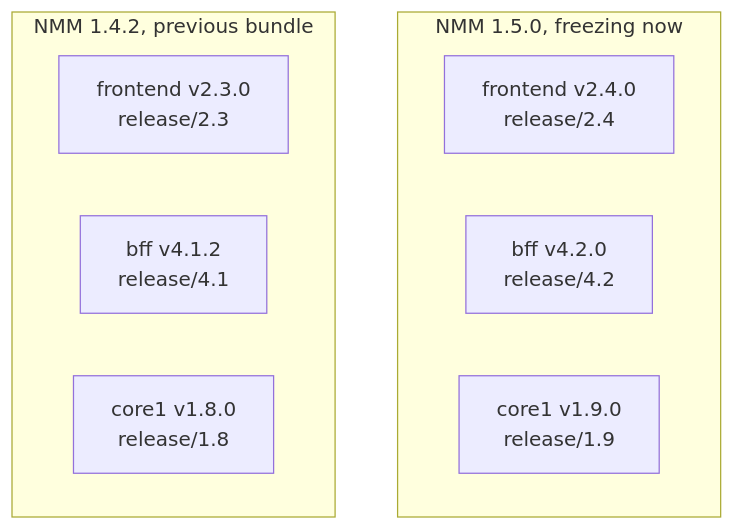
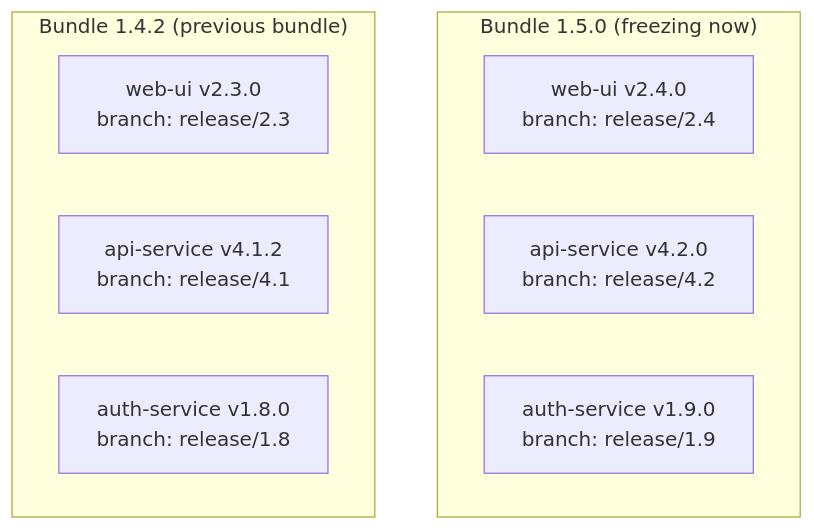
Before and after one commit to igrbesa/Release-versioning-options: diagram 12 of 12 in DEVELOPER_GUIDE.md, drawn with Mermaid. The commit also changed other lines of this file, not shown here.

````diff
--- a/DEVELOPER_GUIDE.md
+++ b/DEVELOPER_GUIDE.md
@@ -723,14 +786,14 @@
 ```mermaid
 flowchart TB
-    subgraph current["NMM 1.5.0, freezing now"]
-        fe5["frontend v2.4.0<br/>release/2.4"]
-        bff5["bff v4.2.0<br/>release/4.2"]
-        c15["core1 v1.9.0<br/>release/1.9"]
+    subgraph current["Bundle 1.5.0 (freezing now)"]
+        fe5["web-ui v2.4.0<br/>branch: release/2.4"]
+        api5["api-service v4.2.0<br/>branch: release/4.2"]
+        auth5["auth-service v1.9.0<br/>branch: release/1.9"]
     end
 
-    subgraph previous["NMM 1.4.2, previous bundle"]
-        fe4["frontend v2.3.0<br/>release/2.3"]
-        bff4["bff v4.1.2<br/>release/4.1"]
-        c14["core1 v1.8.0<br/>release/1.8"]
+    subgraph previous["Bundle 1.4.2 (previous bundle)"]
+        fe4["web-ui v2.3.0<br/>branch: release/2.3"]
+        api4["api-service v4.1.2<br/>branch: release/4.1"]
+        auth4["auth-service v1.8.0<br/>branch: release/1.8"]
     end
 ```
````
